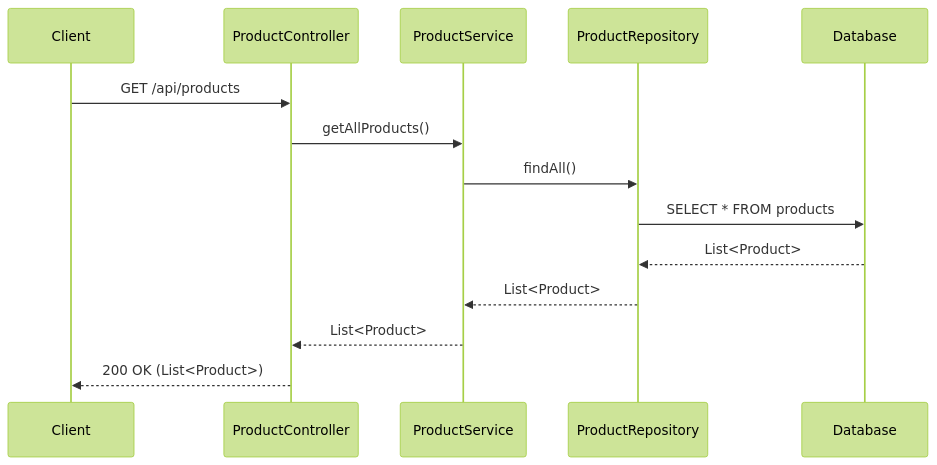
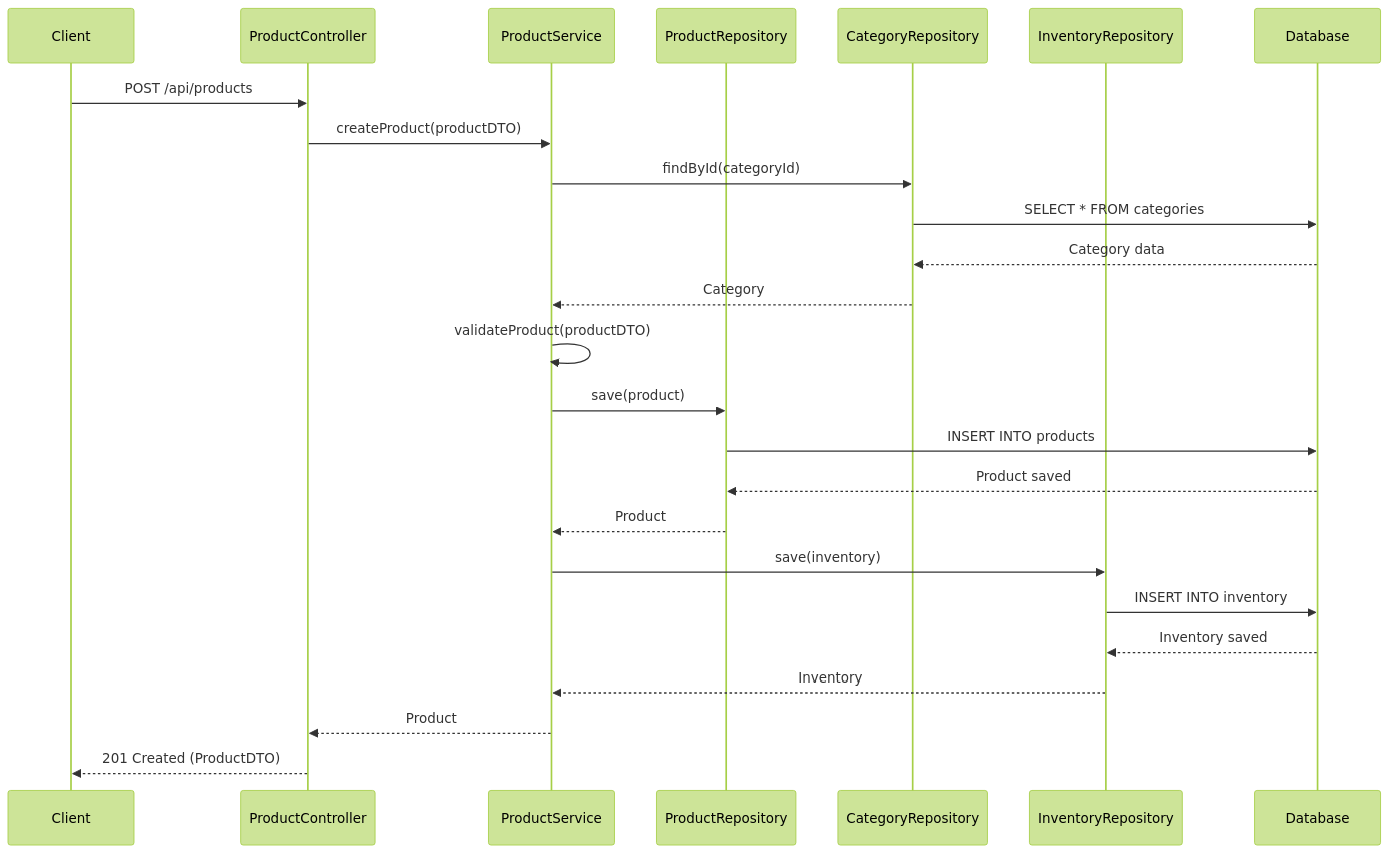
Before and after one commit to NavneetBN47/aava-ecom-demo: the third of 13 diagrams in docs/LLD/modified_lld.md, drawn with Mermaid (forest theme). The commit also changed other lines of this file, not shown here.

````diff
--- a/docs/LLD/modified_lld.md
+++ b/docs/LLD/modified_lld.md
@@ -208,17 +287,31 @@
 ```mermaid
 sequenceDiagram
     participant Client
     participant ProductController
     participant ProductService
     participant ProductRepository
+    participant CategoryRepository
+    participant InventoryRepository
     participant Database
 
-    Client->>ProductController: GET /api/products
-    ProductController->>ProductService: getAllProducts()
-    ProductService->>ProductRepository: findAll()
-    ProductRepository->>Database: SELECT * FROM products
-    Database-->>ProductRepository: List<Product>
-    ProductRepository-->>ProductService: List<Product>
-    ProductService-->>ProductController: List<Product>
-    ProductController-->>Client: 200 OK (List<Product>)
+    Client->>ProductController: POST /api/products
+    ProductController->>ProductService: createProduct(productDTO)
+    ProductService->>CategoryRepository: findById(categoryId)
+    CategoryRepository->>Database: SELECT * FROM categories
+    Database-->>CategoryRepository: Category data
+    CategoryRepository-->>ProductService: Category
+    
+    ProductService->>ProductService: validateProduct(productDTO)
+    ProductService->>ProductRepository: save(product)
+    ProductRepository->>Database: INSERT INTO products
+    Database-->>ProductRepository: Product saved
+    ProductRepository-->>ProductService: Product
+    
+    ProductService->>InventoryRepository: save(inventory)
+    InventoryRepository->>Database: INSERT INTO inventory
+    Database-->>InventoryRepository: Inventory saved
+    InventoryRepository-->>ProductService: Inventory
+    
+    ProductService-->>ProductController: Product
+    ProductController-->>Client: 201 Created (ProductDTO)
 ```
````
